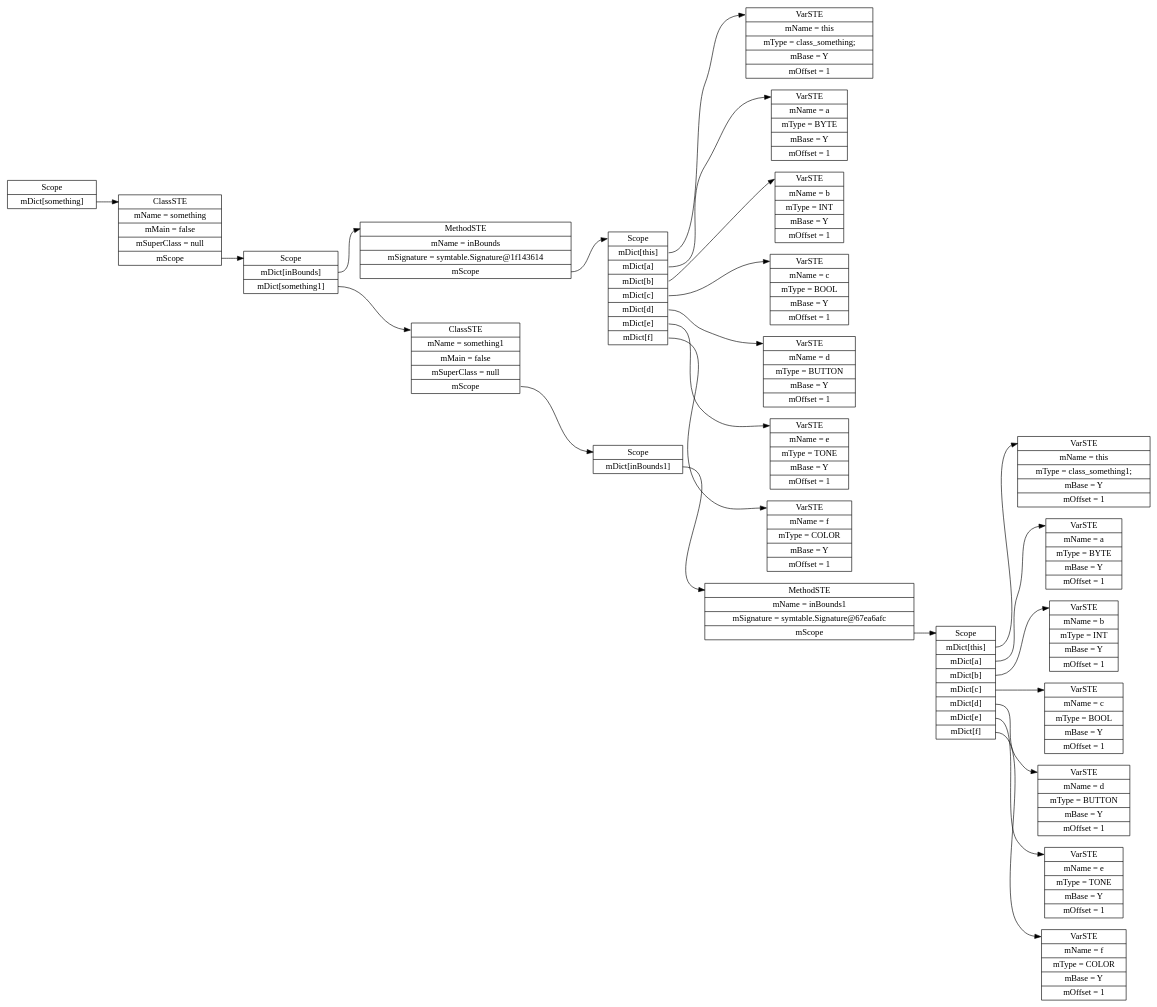
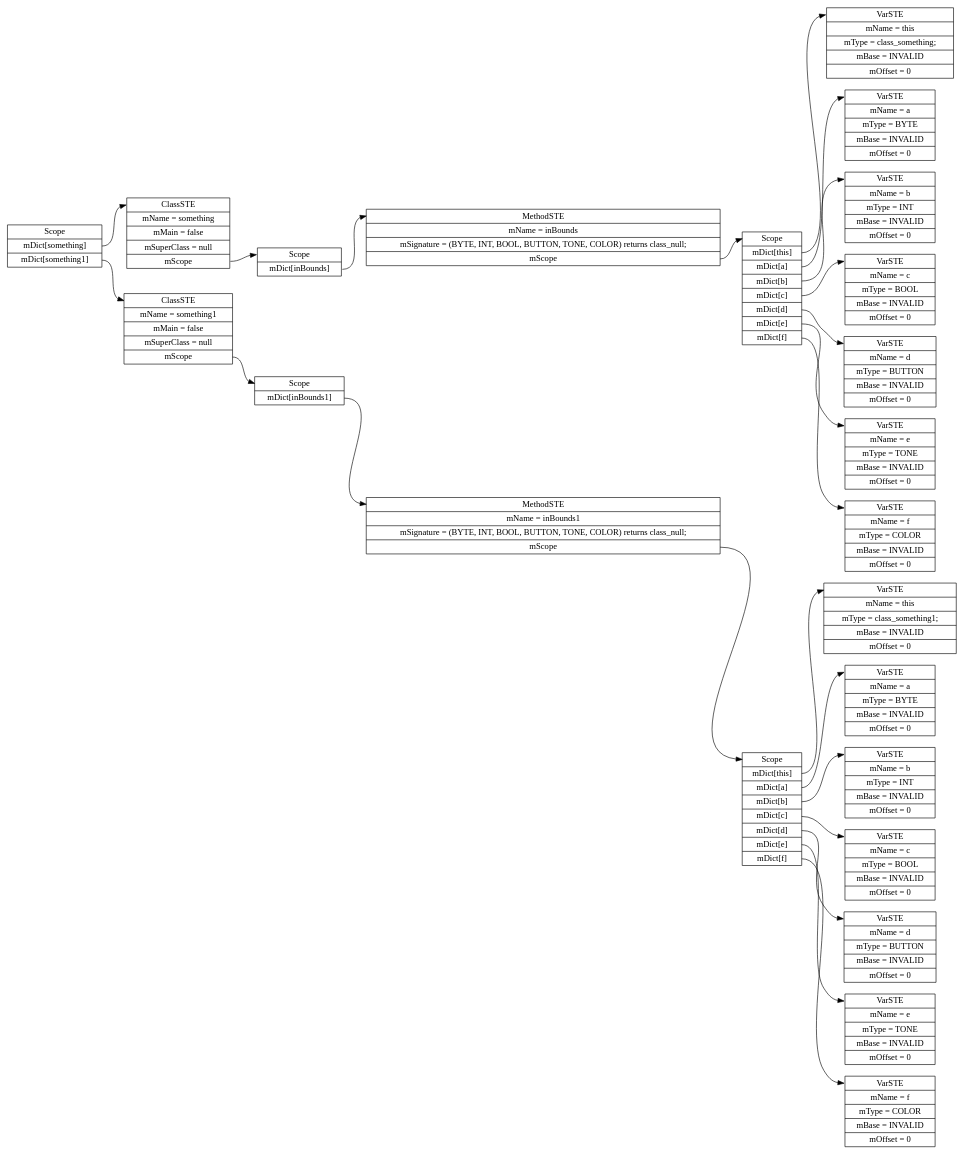
One commit to Ajith20/MeggyJava-compiler changed the diagram in PA4/PA4Example1.java.ST.dot. Above: the diagram before and after it, drawn with Graphviz. The commit also changed 23 other files, not shown here.

Commit message:
Removed errors in CheckTypes, cannot figure out how to fix 'this literal'.  Doubly defined methods are identified, incorrectly typed formals and undefined methods are not caught correctly.  Added a test case for incorrectly typed formals.

```diff
--- a/PA4/PA4Example1.java.ST.dot
+++ b/PA4/PA4Example1.java.ST.dot
@@ -1,49 +1,49 @@
 digraph SymTable {
 	graph [rankdir="LR"];
 	node [shape=record];
-	0 [label=" <f0> Scope | <f1> mDict\[something\] "];
+	0 [label=" <f0> Scope | <f1> mDict\[something\] | <f2> mDict\[something1\] "];
 	0:<f1> -> 1:<f0>;
 	1 [label=" <f0> ClassSTE | <f1> mName = something| <f2> mMain = false| <f3> mSuperClass = null| <f4> mScope "];
 	1:<f4> -> 2:<f0>;
-	2 [label=" <f0> Scope | <f1> mDict\[inBounds\] | <f2> mDict\[something1\] "];
+	2 [label=" <f0> Scope | <f1> mDict\[inBounds\] "];
 	2:<f1> -> 3:<f0>;
-	3 [label=" <f0> MethodSTE | <f1> mName = inBounds| <f2> mSignature = symtable.Signature@1f143614| <f3> mScope "];
+	3 [label=" <f0> MethodSTE | <f1> mName = inBounds| <f2> mSignature = (BYTE, INT, BOOL, BUTTON, TONE, COLOR) returns class_null;| <f3> mScope "];
 	3:<f3> -> 4:<f0>;
 	4 [label=" <f0> Scope | <f1> mDict\[this\] | <f2> mDict\[a\] | <f3> mDict\[b\] | <f4> mDict\[c\] | <f5> mDict\[d\] | <f6> mDict\[e\] | <f7> mDict\[f\] "];
 	4:<f1> -> 5:<f0>;
-	5 [label=" <f0> VarSTE | <f1> mName = this| <f2> mType = class_something;| <f3> mBase = Y| <f4> mOffset = 1"];
+	5 [label=" <f0> VarSTE | <f1> mName = this| <f2> mType = class_something;| <f3> mBase = INVALID| <f4> mOffset = 0"];
 	4:<f2> -> 6:<f0>;
-	6 [label=" <f0> VarSTE | <f1> mName = a| <f2> mType = BYTE| <f3> mBase = Y| <f4> mOffset = 1"];
+	6 [label=" <f0> VarSTE | <f1> mName = a| <f2> mType = BYTE| <f3> mBase = INVALID| <f4> mOffset = 0"];
 	4:<f3> -> 7:<f0>;
-	7 [label=" <f0> VarSTE | <f1> mName = b| <f2> mType = INT| <f3> mBase = Y| <f4> mOffset = 1"];
+	7 [label=" <f0> VarSTE | <f1> mName = b| <f2> mType = INT| <f3> mBase = INVALID| <f4> mOffset = 0"];
 	4:<f4> -> 8:<f0>;
-	8 [label=" <f0> VarSTE | <f1> mName = c| <f2> mType = BOOL| <f3> mBase = Y| <f4> mOffset = 1"];
+	8 [label=" <f0> VarSTE | <f1> mName = c| <f2> mType = BOOL| <f3> mBase = INVALID| <f4> mOffset = 0"];
 	4:<f5> -> 9:<f0>;
-	9 [label=" <f0> VarSTE | <f1> mName = d| <f2> mType = BUTTON| <f3> mBase = Y| <f4> mOffset = 1"];
+	9 [label=" <f0> VarSTE | <f1> mName = d| <f2> mType = BUTTON| <f3> mBase = INVALID| <f4> mOffset = 0"];
 	4:<f6> -> 10:<f0>;
-	10 [label=" <f0> VarSTE | <f1> mName = e| <f2> mType = TONE| <f3> mBase = Y| <f4> mOffset = 1"];
+	10 [label=" <f0> VarSTE | <f1> mName = e| <f2> mType = TONE| <f3> mBase = INVALID| <f4> mOffset = 0"];
 	4:<f7> -> 11:<f0>;
-	11 [label=" <f0> VarSTE | <f1> mName = f| <f2> mType = COLOR| <f3> mBase = Y| <f4> mOffset = 1"];
-	2:<f2> -> 12:<f0>;
+	11 [label=" <f0> VarSTE | <f1> mName = f| <f2> mType = COLOR| <f3> mBase = INVALID| <f4> mOffset = 0"];
+	0:<f2> -> 12:<f0>;
 	12 [label=" <f0> ClassSTE | <f1> mName = something1| <f2> mMain = false| <f3> mSuperClass = null| <f4> mScope "];
 	12:<f4> -> 13:<f0>;
 	13 [label=" <f0> Scope | <f1> mDict\[inBounds1\] "];
 	13:<f1> -> 14:<f0>;
-	14 [label=" <f0> MethodSTE | <f1> mName = inBounds1| <f2> mSignature = symtable.Signature@67ea6afc| <f3> mScope "];
+	14 [label=" <f0> MethodSTE | <f1> mName = inBounds1| <f2> mSignature = (BYTE, INT, BOOL, BUTTON, TONE, COLOR) returns class_null;| <f3> mScope "];
 	14:<f3> -> 15:<f0>;
 	15 [label=" <f0> Scope | <f1> mDict\[this\] | <f2> mDict\[a\] | <f3> mDict\[b\] | <f4> mDict\[c\] | <f5> mDict\[d\] | <f6> mDict\[e\] | <f7> mDict\[f\] "];
 	15:<f1> -> 16:<f0>;
-	16 [label=" <f0> VarSTE | <f1> mName = this| <f2> mType = class_something1;| <f3> mBase = Y| <f4> mOffset = 1"];
+	16 [label=" <f0> VarSTE | <f1> mName = this| <f2> mType = class_something1;| <f3> mBase = INVALID| <f4> mOffset = 0"];
 	15:<f2> -> 17:<f0>;
-	17 [label=" <f0> VarSTE | <f1> mName = a| <f2> mType = BYTE| <f3> mBase = Y| <f4> mOffset = 1"];
+	17 [label=" <f0> VarSTE | <f1> mName = a| <f2> mType = BYTE| <f3> mBase = INVALID| <f4> mOffset = 0"];
 	15:<f3> -> 18:<f0>;
-	18 [label=" <f0> VarSTE | <f1> mName = b| <f2> mType = INT| <f3> mBase = Y| <f4> mOffset = 1"];
+	18 [label=" <f0> VarSTE | <f1> mName = b| <f2> mType = INT| <f3> mBase = INVALID| <f4> mOffset = 0"];
 	15:<f4> -> 19:<f0>;
-	19 [label=" <f0> VarSTE | <f1> mName = c| <f2> mType = BOOL| <f3> mBase = Y| <f4> mOffset = 1"];
+	19 [label=" <f0> VarSTE | <f1> mName = c| <f2> mType = BOOL| <f3> mBase = INVALID| <f4> mOffset = 0"];
 	15:<f5> -> 20:<f0>;
-	20 [label=" <f0> VarSTE | <f1> mName = d| <f2> mType = BUTTON| <f3> mBase = Y| <f4> mOffset = 1"];
+	20 [label=" <f0> VarSTE | <f1> mName = d| <f2> mType = BUTTON| <f3> mBase = INVALID| <f4> mOffset = 0"];
 	15:<f6> -> 21:<f0>;
-	21 [label=" <f0> VarSTE | <f1> mName = e| <f2> mType = TONE| <f3> mBase = Y| <f4> mOffset = 1"];
+	21 [label=" <f0> VarSTE | <f1> mName = e| <f2> mType = TONE| <f3> mBase = INVALID| <f4> mOffset = 0"];
 	15:<f7> -> 22:<f0>;
-	22 [label=" <f0> VarSTE | <f1> mName = f| <f2> mType = COLOR| <f3> mBase = Y| <f4> mOffset = 1"];
+	22 [label=" <f0> VarSTE | <f1> mName = f| <f2> mType = COLOR| <f3> mBase = INVALID| <f4> mOffset = 0"];
 }
```
